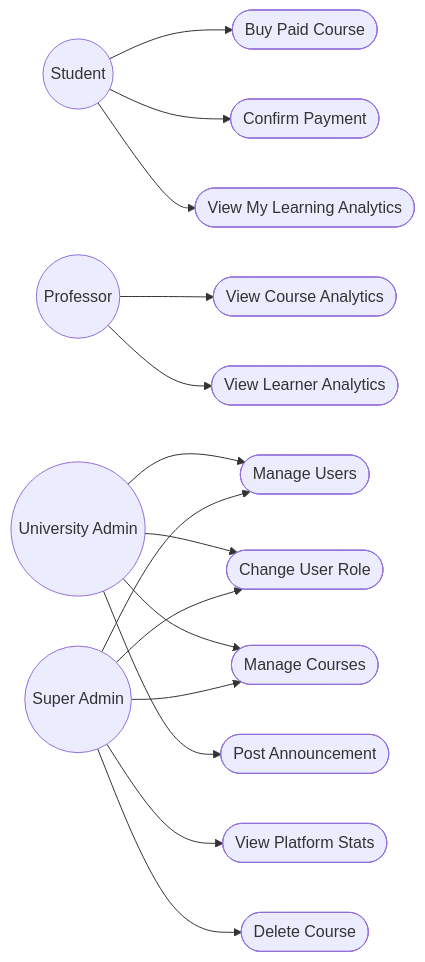
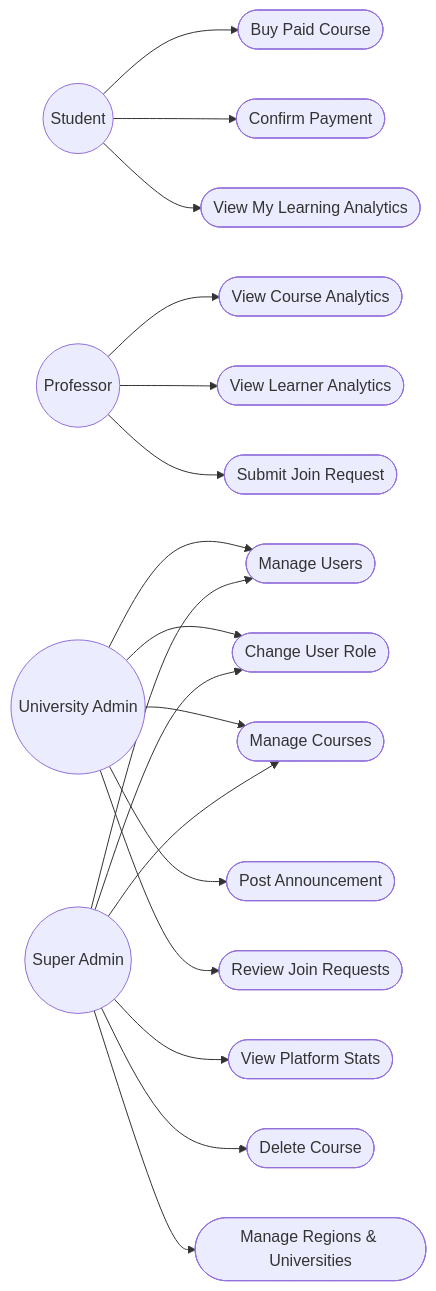
The third of 6 diagrams in docs/sprints/SPRINT_6.md (yazidha09/Hub4Learners), drawn with Mermaid before and after one commit. The commit also changed other lines of this file and 1 other file, not shown here.

````diff
--- a/docs/sprints/SPRINT_6.md
+++ b/docs/sprints/SPRINT_6.md
@@ -109,34 +135,40 @@
 ```mermaid
 graph LR
     S((Student))
     P((Professor))
     UA((University Admin))
     SA((Super Admin))
 
     UC1([Buy Paid Course])
     UC2([Confirm Payment])
     UC3([View My Learning Analytics])
     UC4([View Course Analytics])
     UC5([View Learner Analytics])
     UC6([View Platform Stats])
     UC7([Manage Users])
     UC8([Change User Role])
     UC9([Manage Courses])
     UC10([Delete Course])
     UC11([Post Announcement])
+    UC12([Manage Regions & Universities])
+    UC13([Submit Join Request])
+    UC14([Review Join Requests])
 
     S --> UC1
     S --> UC2
     S --> UC3
     P --> UC4
     P --> UC5
+    P --> UC13
     SA --> UC6
     UA --> UC7
     SA --> UC7
     UA --> UC8
     SA --> UC8
     UA --> UC9
     SA --> UC9
     SA --> UC10
     UA --> UC11
+    SA --> UC12
+    UA --> UC14
 ```
````
